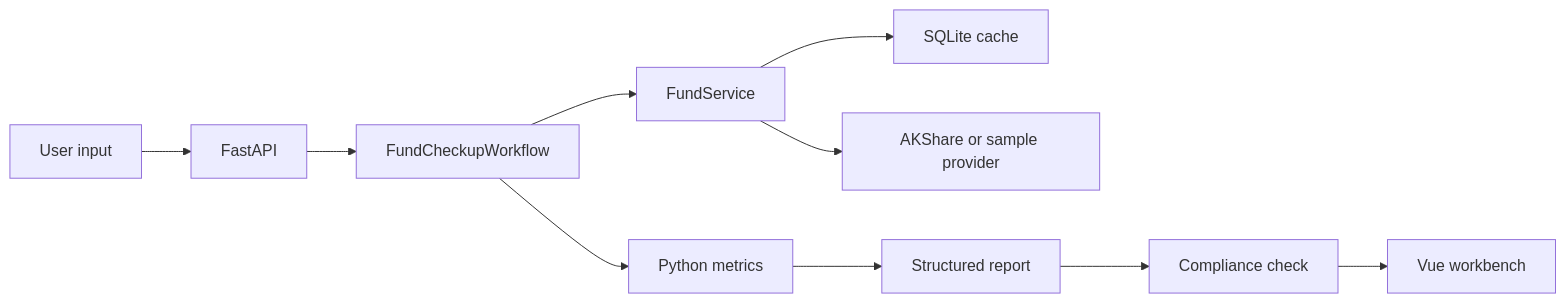
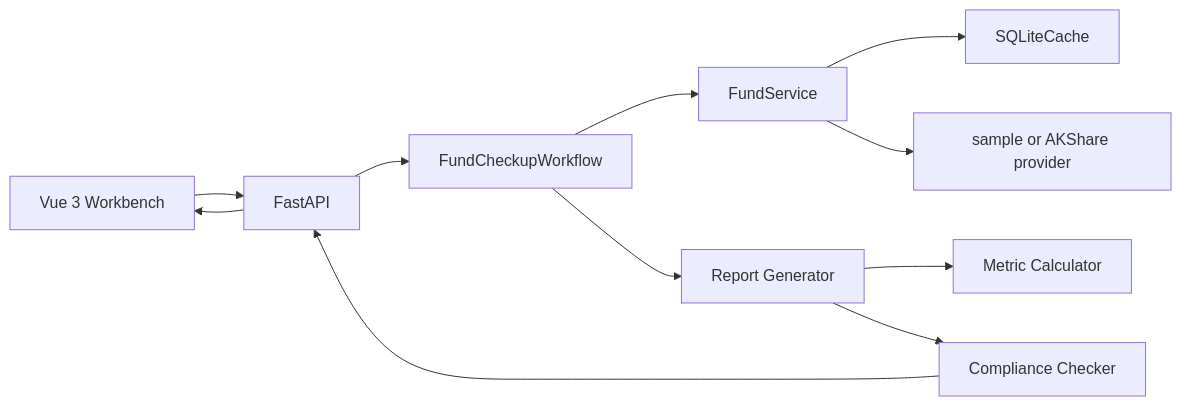
Before and after one commit to normalform3/fund-scope-agent: the first of 3 diagrams in docs/ARCHITECTURE.md, drawn with Mermaid. The commit also changed other lines of this file and 23 other files, not shown here.

````diff
--- a/docs/ARCHITECTURE.md
+++ b/docs/ARCHITECTURE.md
@@ -15,12 +7,13 @@
 ```mermaid
 flowchart LR
-  User["User input"] --> API["FastAPI"]
+  Frontend["Vue 3 Workbench"] --> API["FastAPI"]
   API --> Workflow["FundCheckupWorkflow"]
-  Workflow --> Data["FundService"]
-  Data --> Cache["SQLite cache"]
-  Data --> Provider["AKShare or sample provider"]
-  Workflow --> Metrics["Python metrics"]
-  Metrics --> Report["Structured report"]
-  Report --> Compliance["Compliance check"]
-  Compliance --> Frontend["Vue workbench"]
+  Workflow --> FundService["FundService"]
+  FundService --> Cache["SQLiteCache"]
+  FundService --> Provider["sample or AKShare provider"]
+  Workflow --> Report["Report Generator"]
+  Report --> Metrics["Metric Calculator"]
+  Report --> Compliance["Compliance Checker"]
+  Compliance --> API
+  API --> Frontend
 ```
````
